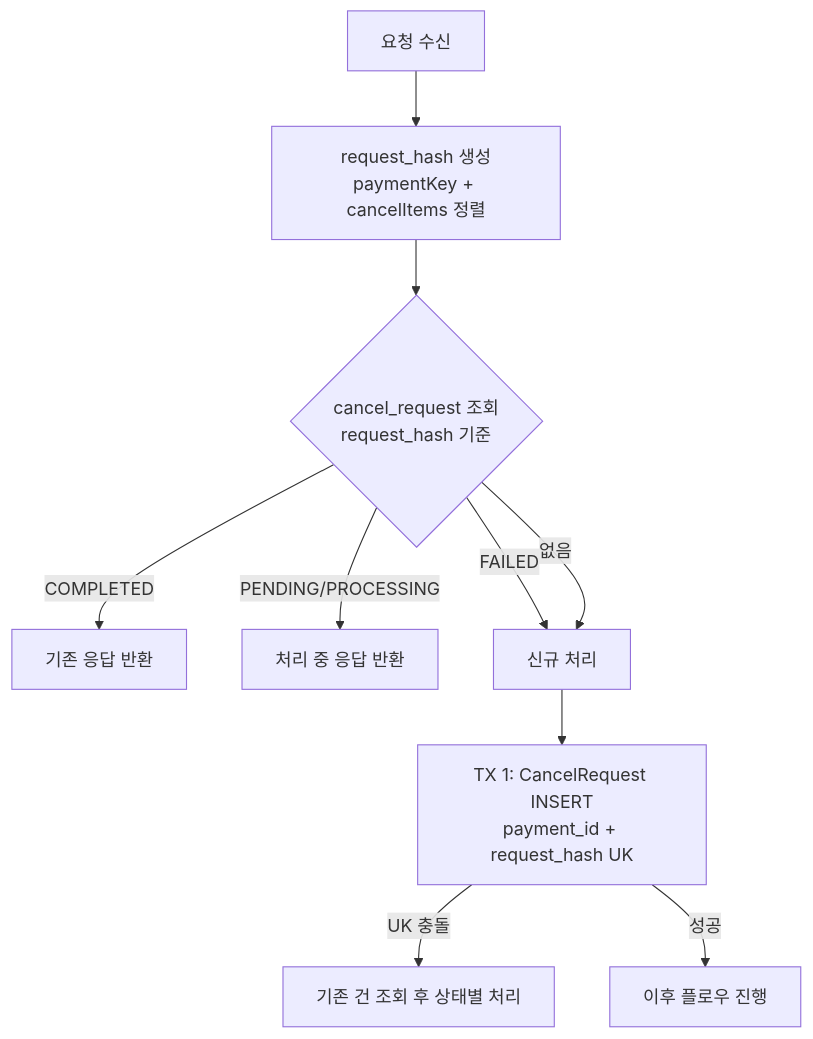
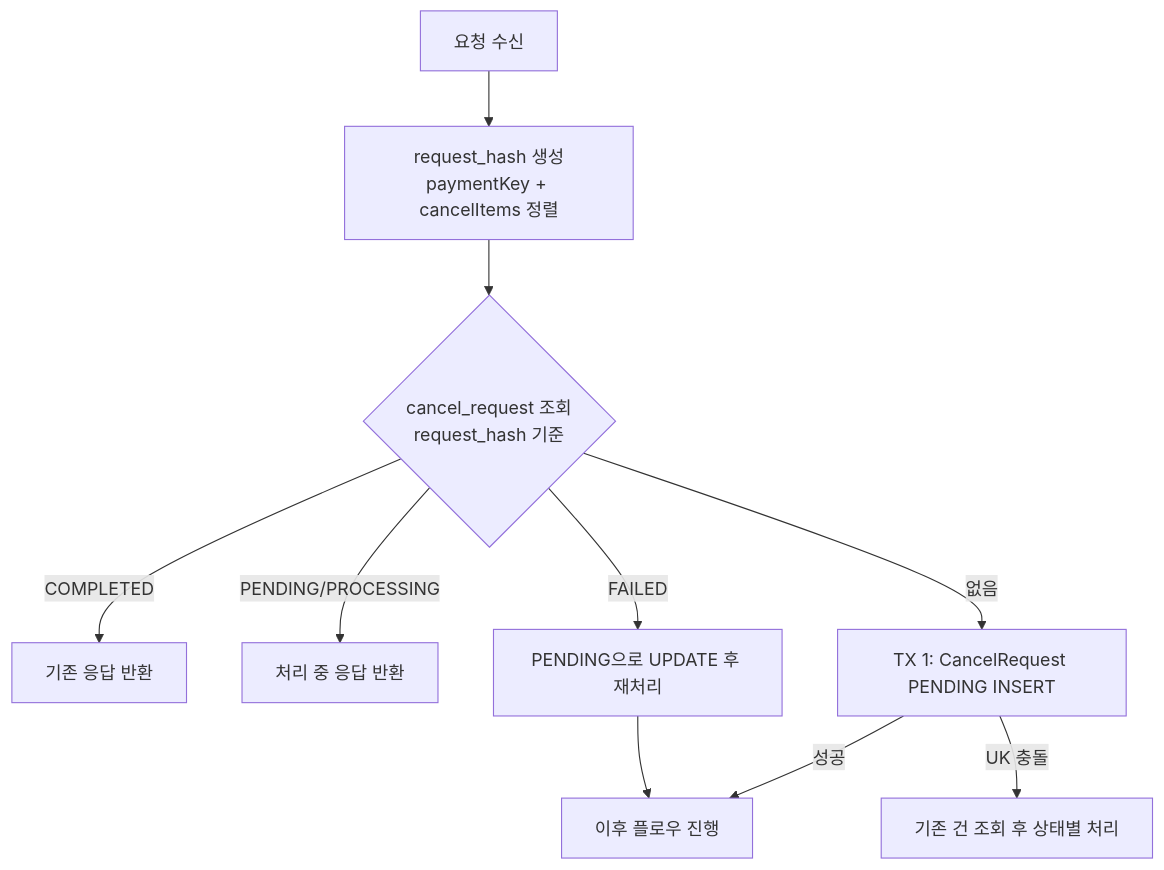
Before and after one commit to lsc713/docswithmulti: the fifth of 6 diagrams in sysdesign/design-review.md, drawn with Mermaid. The commit also changed other lines of this file and 2 other files, not shown here.

First line of the commit message:
docs: Update design documentation for idempotency and cancellation flow

````diff
--- a/sysdesign/design-review.md
+++ b/sysdesign/design-review.md
@@ -489,12 +511,12 @@
 ```mermaid
 flowchart TD
   A[요청 수신] --> B[request_hash 생성\npaymentKey + cancelItems 정렬]
   B --> C{cancel_request 조회\nrequest_hash 기준}
   C -->|COMPLETED| D[기존 응답 반환]
   C -->|PENDING/PROCESSING| E[처리 중 응답 반환]
-  C -->|FAILED| F[신규 처리]
-  C -->|없음| F
-  F --> G[TX 1: CancelRequest INSERT\npayment_id + request_hash UK]
-  G -->|UK 충돌| H[기존 건 조회 후 상태별 처리]
-  G -->|성공| I[이후 플로우 진행]
+  C -->|FAILED| F[PENDING으로 UPDATE 후 재처리]
+  C -->|없음| G[TX 1: CancelRequest PENDING INSERT]
+  F --> H[이후 플로우 진행]
+  G -->|UK 충돌| I[기존 건 조회 후 상태별 처리]
+  G -->|성공| H
 ```
````
